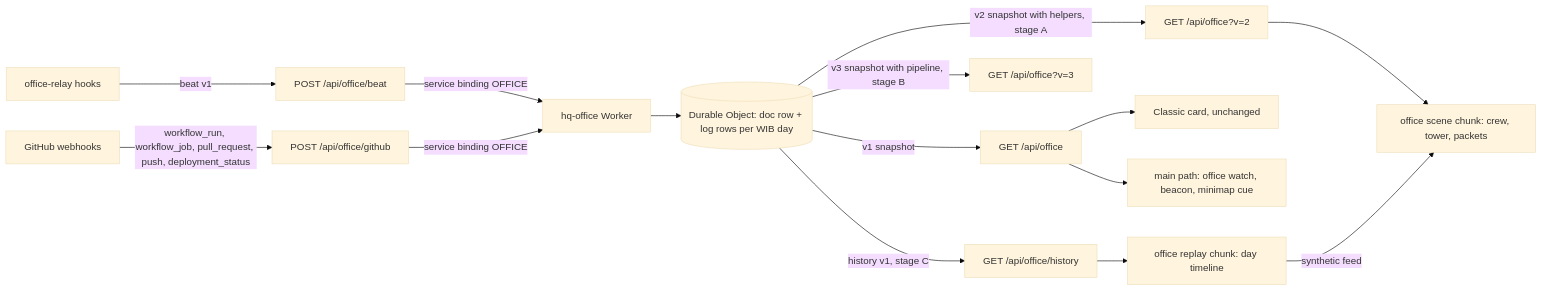
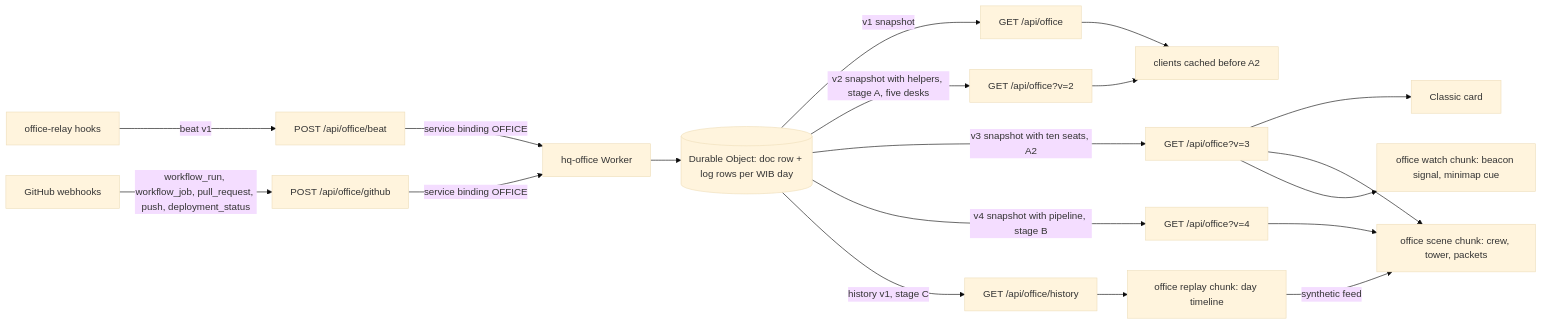
Before and after one commit to ShinyQ/ShinyQ-HQ: the diagram in docs/superpowers/specs/2026-10-20-agent-office-revamp-design.md, drawn with Mermaid (base theme). The commit also changed other lines of this file and 106 other files, not shown here.

First line of the commit message:
feat(office): the always-live office and ten desks in two rows (revamp part A2) (#276)

````diff
--- a/docs/superpowers/specs/2026-10-20-agent-office-revamp-design.md
+++ b/docs/superpowers/specs/2026-10-20-agent-office-revamp-design.md
@@ -50,15 +54,17 @@
 ```mermaid
 flowchart LR
   relay[office-relay hooks] -->|beat v1| fn1[POST /api/office/beat]
   gh[GitHub webhooks] -->|workflow_run, workflow_job, pull_request, push, deployment_status| fn2[POST /api/office/github]
   fn1 & fn2 -->|service binding OFFICE| w[hq-office Worker]
   w --> DO[(Durable Object: doc row + log rows per WIB day)]
   DO -->|v1 snapshot| s1[GET /api/office]
-  DO -->|v2 snapshot with helpers, stage A| s2[GET /api/office?v=2]
-  DO -->|v3 snapshot with pipeline, stage B| s4[GET /api/office?v=3]
+  DO -->|v2 snapshot with helpers, stage A, five desks| s2[GET /api/office?v=2]
+  DO -->|v3 snapshot with ten seats, A2| s5[GET /api/office?v=3]
+  DO -->|v4 snapshot with pipeline, stage B| s4[GET /api/office?v=4]
   DO -->|history v1, stage C| s3[GET /api/office/history]
-  s1 --> card[Classic card, unchanged] & watch[main path: office watch, beacon, minimap cue]
-  s2 --> scene[office scene chunk: crew, tower, packets]
+  s1 & s2 --> old[clients cached before A2]
+  s5 --> card[Classic card] & scene[office scene chunk: crew, tower, packets] & watch[office watch chunk: beacon signal, minimap cue]
+  s4 --> scene
   s3 --> replay[office replay chunk: day timeline]
   replay -->|synthetic feed| scene
 ```
````
